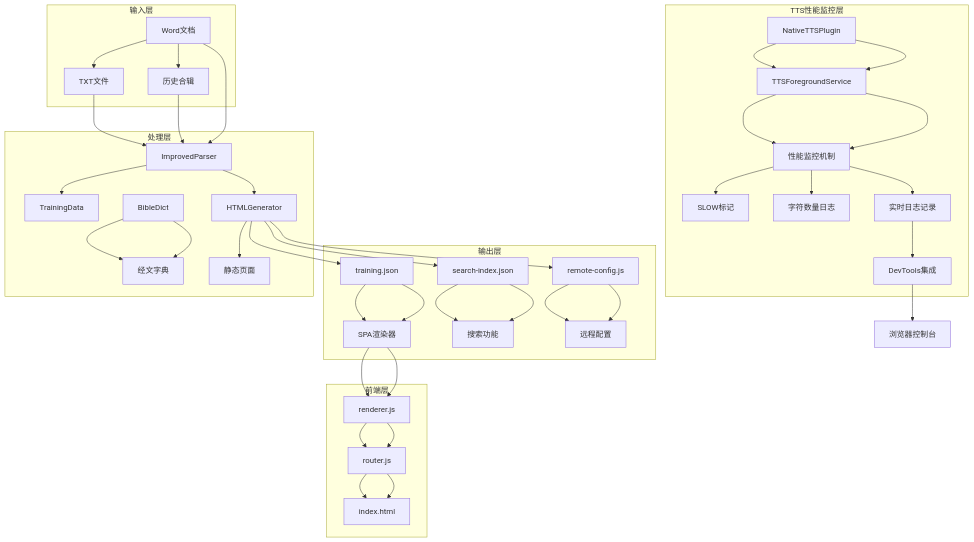
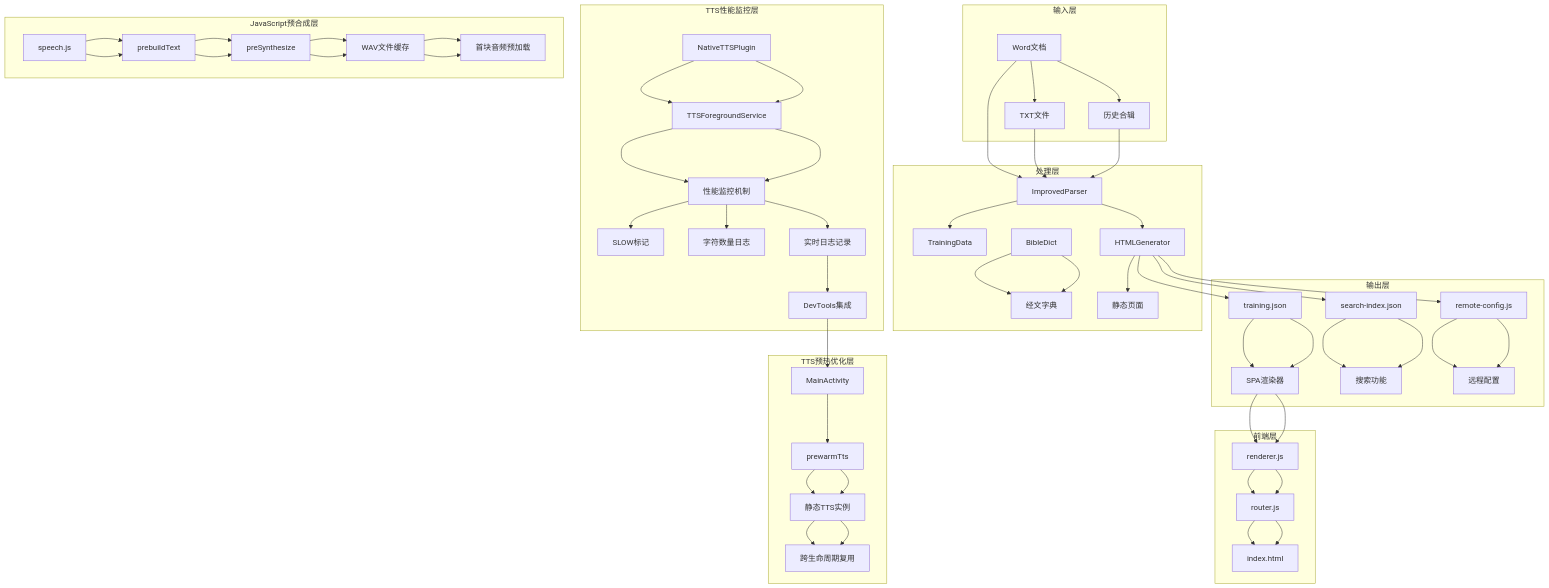
Before and after one commit to zhao-zg/cx: the second of 9 diagrams in .qoder/repowiki/zh/content/移动应用开发/TTS静态实例管理系统.md, drawn with Mermaid. The commit also changed other lines of this file and 30 other files, not shown here.

````diff
--- a/.qoder/repowiki/zh/content/移动应用开发/TTS静态实例管理系统.md
+++ b/.qoder/repowiki/zh/content/移动应用开发/TTS静态实例管理系统.md
@@ -145,47 +151,64 @@
 ```mermaid
 graph TB
 subgraph "输入层"
 A[Word文档] --> B[TXT文件]
 A --> C[历史合辑]
 end
 subgraph "处理层"
 D[ImprovedParser] --> E[TrainingData]
 F[BibleDict] --> G[经文字典]
 H[HTMLGenerator] --> I[静态页面]
 end
 subgraph "输出层"
 J[training.json] --> K[SPA渲染器]
 L[search-index.json] --> M[搜索功能]
 N[remote-config.js] --> O[远程配置]
 end
 subgraph "前端层"
 K --> P[renderer.js]
 P --> Q[router.js]
 Q --> R[index.html]
 end
 subgraph "TTS性能监控层"
 S[NativeTTSPlugin] --> T[TTSForegroundService]
 T --> U[性能监控机制]
 U --> V[SLOW标记]
 U --> W[字符数量日志]
 U --> X[实时日志记录]
 X --> Y[DevTools集成]
 end
+subgraph "TTS预热优化层"
+Z[MainActivity] --> AA[prewarmTts]
+AA --> BB[静态TTS实例]
+BB --> CC[跨生命周期复用]
+end
+subgraph "JavaScript预合成层"
+DD[speech.js] --> EE[prebuildText]
+EE --> FF[preSynthesize]
+FF --> GG[WAV文件缓存]
+GG --> HH[首块音频预加载]
+end
 A --> D
 B --> D
 C --> D
 D --> H
 F --> G
 H --> J
 H --> L
 H --> N
 J --> K
 L --> M
 N --> O
 K --> P
 P --> Q
 Q --> R
 S --> T
 T --> U
-Y --> Z[浏览器控制台]
+Y --> Z
+AA --> BB
+BB --> CC
+DD --> EE
+EE --> FF
+FF --> GG
+GG --> HH
 ```
````
